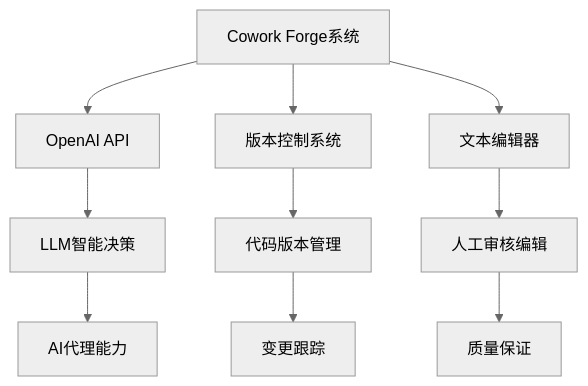
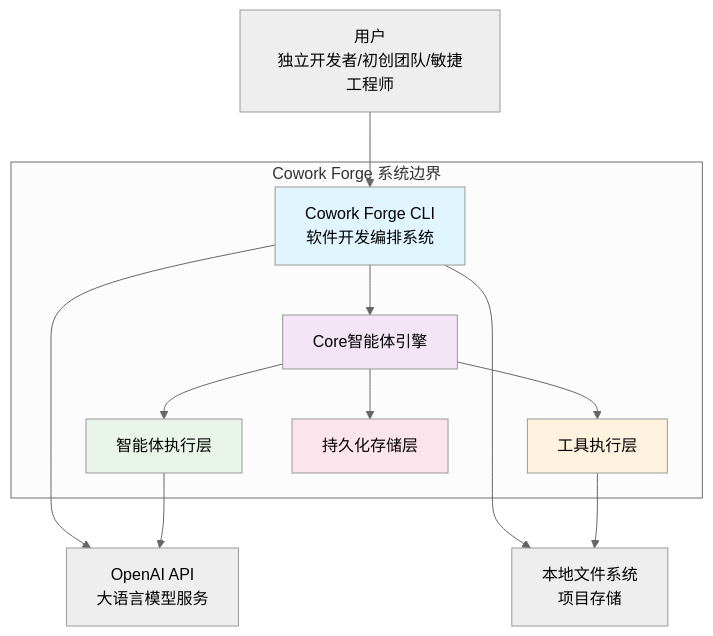
Before and after one commit to sopaco/cowork-forge: the diagram in litho.docs/zh/1、项目概述.md, drawn with Mermaid (neutral theme). The commit also changed other lines of this file and 34 other files, not shown here.

````diff
--- a/litho.docs/zh/1、项目概述.md
+++ b/litho.docs/zh/1、项目概述.md
@@ -167,14 +132,23 @@
 ```mermaid
 graph TB
-    A[Cowork Forge系统] --> B[OpenAI API]
-    A --> C[版本控制系统]
-    A --> D[文本编辑器]
+    User[用户<br/>独立开发者/初创团队/敏捷工程师] --> CLI[Cowork Forge CLI<br/>软件开发编排系统]
     
-    B --> E[LLM智能决策]
-    C --> F[代码版本管理]
-    D --> G[人工审核编辑]
+    CLI --> OpenAI[OpenAI API<br/>大语言模型服务]
+    CLI --> FileSystem[本地文件系统<br/>项目存储]
     
-    E --> H[AI代理能力]
-    F --> I[变更跟踪]
-    G --> J[质量保证]
+    subgraph "Cowork Forge 系统边界"
+        CLI --> Core[Core智能体引擎]
+        Core --> Agents[智能体执行层]
+        Core --> Tools[工具执行层]
+        Core --> Storage[持久化存储层]
+    end
+    
+    Agents --> OpenAI
+    Tools --> FileSystem
+    
+    style CLI fill:#e1f5fe
+    style Core fill:#f3e5f5
+    style Agents fill:#e8f5e8
+    style Tools fill:#fff3e0
+    style Storage fill:#fce4ec
 ```
````
